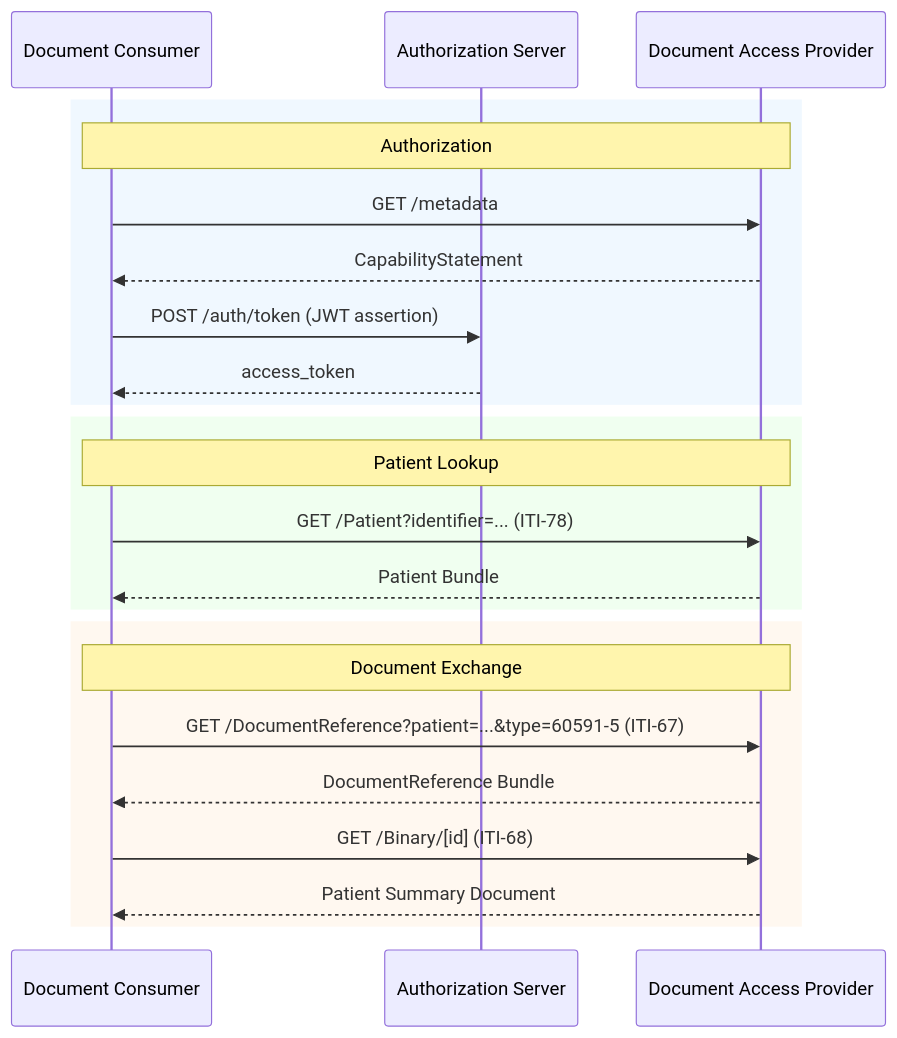
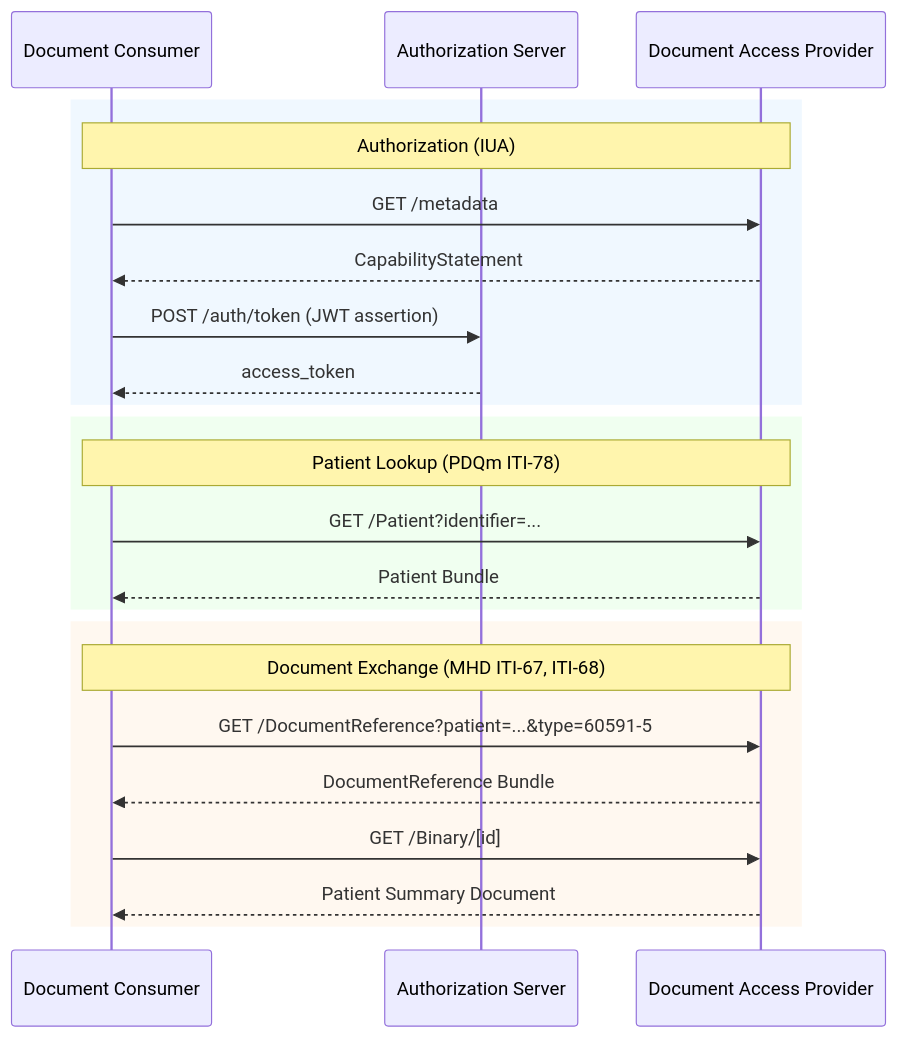
Before and after one commit to euridice-org/jwg-api: the diagram in input/pagecontent/example-patient-summary.md, drawn with Mermaid. The commit also changed other lines of this file and 3 other files, not shown here.

First line of the commit message:
Improve sequence diagrams with IHE transaction labels and actor clarity

````diff
--- a/input/pagecontent/example-patient-summary.md
+++ b/input/pagecontent/example-patient-summary.md
@@ -20,28 +20,28 @@
 ```mermaid
 sequenceDiagram
     participant Consumer as Document Consumer
     participant AuthZ as Authorization Server
     participant Provider as Document Access Provider
 
     rect rgb(240, 248, 255)
-    Note over Consumer,Provider: Authorization
+    Note over Consumer,Provider: Authorization (IUA)
     Consumer->>Provider: GET /metadata
     Provider-->>Consumer: CapabilityStatement
     Consumer->>AuthZ: POST /auth/token (JWT assertion)
     AuthZ-->>Consumer: access_token
     end
 
     rect rgb(240, 255, 240)
-    Note over Consumer,Provider: Patient Lookup
-    Consumer->>Provider: GET /Patient?identifier=... (ITI-78)
+    Note over Consumer,Provider: Patient Lookup (PDQm ITI-78)
+    Consumer->>Provider: GET /Patient?identifier=...
     Provider-->>Consumer: Patient Bundle
     end
 
     rect rgb(255, 248, 240)
-    Note over Consumer,Provider: Document Exchange
-    Consumer->>Provider: GET /DocumentReference?patient=...&type=60591-5 (ITI-67)
+    Note over Consumer,Provider: Document Exchange (MHD ITI-67, ITI-68)
+    Consumer->>Provider: GET /DocumentReference?patient=...&type=60591-5
     Provider-->>Consumer: DocumentReference Bundle
-    Consumer->>Provider: GET /Binary/[id] (ITI-68)
+    Consumer->>Provider: GET /Binary/[id]
     Provider-->>Consumer: Patient Summary Document
     end
 ```
````
